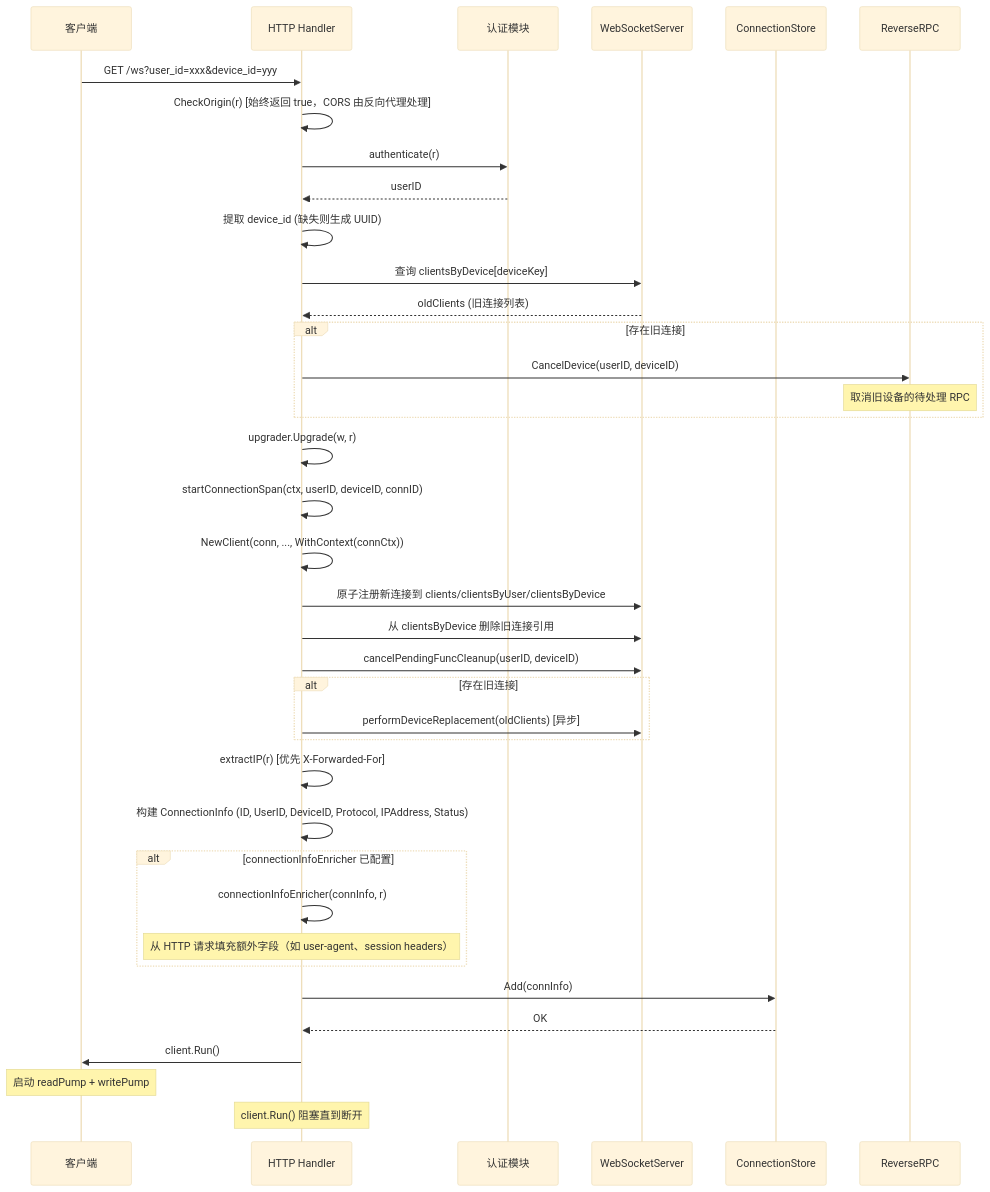
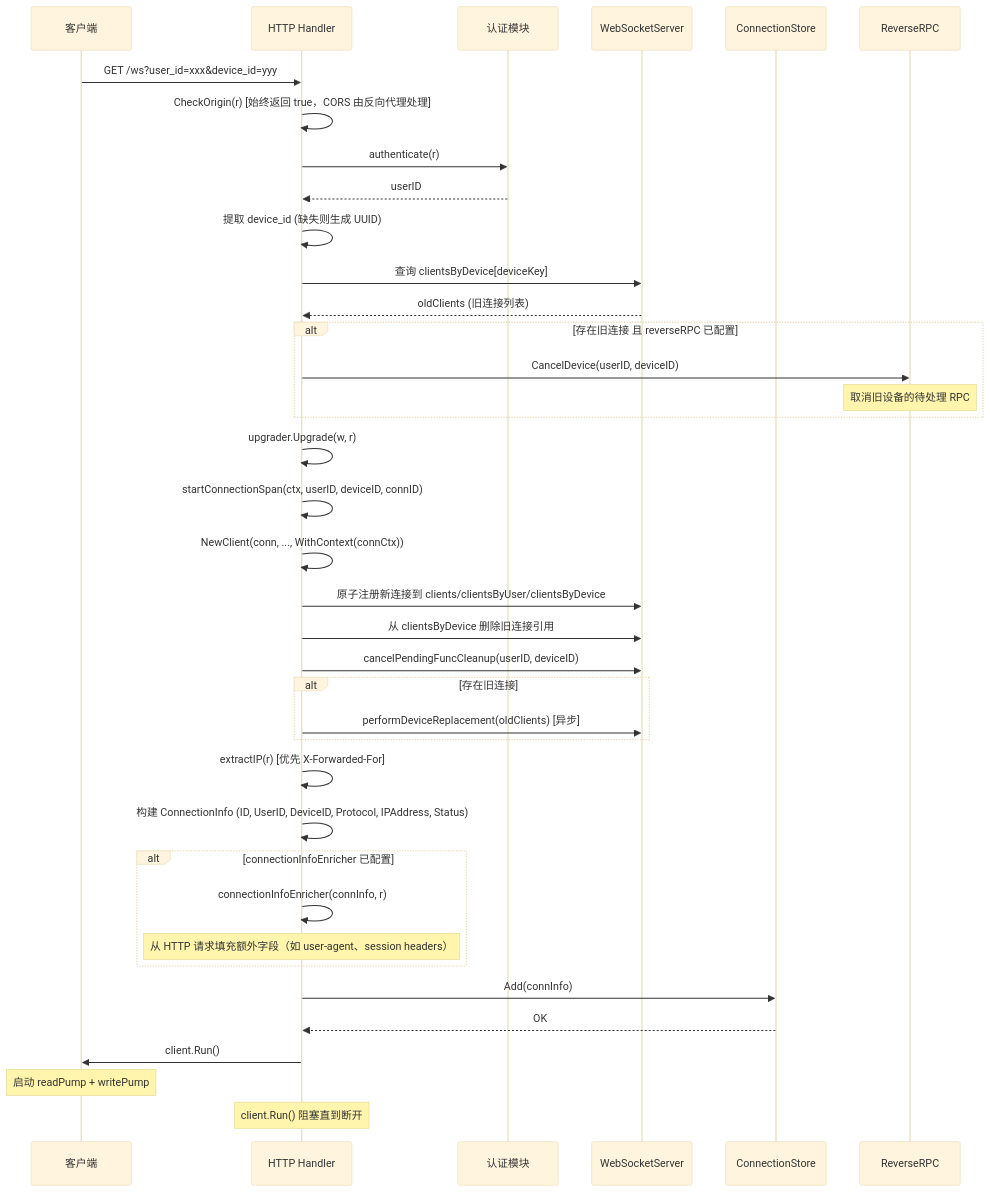
Before and after one commit to PineappleBond/xyncra-server: the first of 14 diagrams in wiki/flows/websocket-connection.md, drawn with Mermaid (base theme). The commit also changed other lines of this file and 21 other files, not shown here.

````diff
--- a/wiki/flows/websocket-connection.md
+++ b/wiki/flows/websocket-connection.md
@@ -14,48 +14,48 @@
 ```mermaid
 sequenceDiagram
     participant Client as 客户端
     participant HTTP as HTTP Handler
     participant Auth as 认证模块
     participant WS as WebSocketServer
     participant CS as ConnectionStore
     participant RR as ReverseRPC
 
     Client->>HTTP: GET /ws?user_id=xxx&device_id=yyy
     HTTP->>HTTP: CheckOrigin(r) [始终返回 true，CORS 由反向代理处理]
     HTTP->>Auth: authenticate(r)
     Auth-->>HTTP: userID
 
     HTTP->>HTTP: 提取 device_id (缺失则生成 UUID)
     HTTP->>WS: 查询 clientsByDevice[deviceKey]
     WS-->>HTTP: oldClients (旧连接列表)
 
-    alt 存在旧连接
+    alt 存在旧连接 且 reverseRPC 已配置
         HTTP->>RR: CancelDevice(userID, deviceID)
         Note over RR: 取消旧设备的待处理 RPC
     end
 
     HTTP->>HTTP: upgrader.Upgrade(w, r)
     HTTP->>HTTP: startConnectionSpan(ctx, userID, deviceID, connID)
     HTTP->>HTTP: NewClient(conn, ..., WithContext(connCtx))
     HTTP->>WS: 原子注册新连接到 clients/clientsByUser/clientsByDevice
     HTTP->>WS: 从 clientsByDevice 删除旧连接引用
     HTTP->>WS: cancelPendingFuncCleanup(userID, deviceID)
 
     alt 存在旧连接
         HTTP->>WS: performDeviceReplacement(oldClients) [异步]
     end
 
     HTTP->>HTTP: extractIP(r) [优先 X-Forwarded-For]
     HTTP->>HTTP: 构建 ConnectionInfo (ID, UserID, DeviceID, Protocol, IPAddress, Status)
     alt connectionInfoEnricher 已配置
         HTTP->>HTTP: connectionInfoEnricher(connInfo, r)
         Note over HTTP: 从 HTTP 请求填充额外字段（如 user-agent、session headers）
     end
     HTTP->>CS: Add(connInfo)
     CS-->>HTTP: OK
 
     HTTP->>Client: client.Run()
     Note over Client: 启动 readPump + writePump
 
     Note over HTTP: client.Run() 阻塞直到断开
 ```
````
